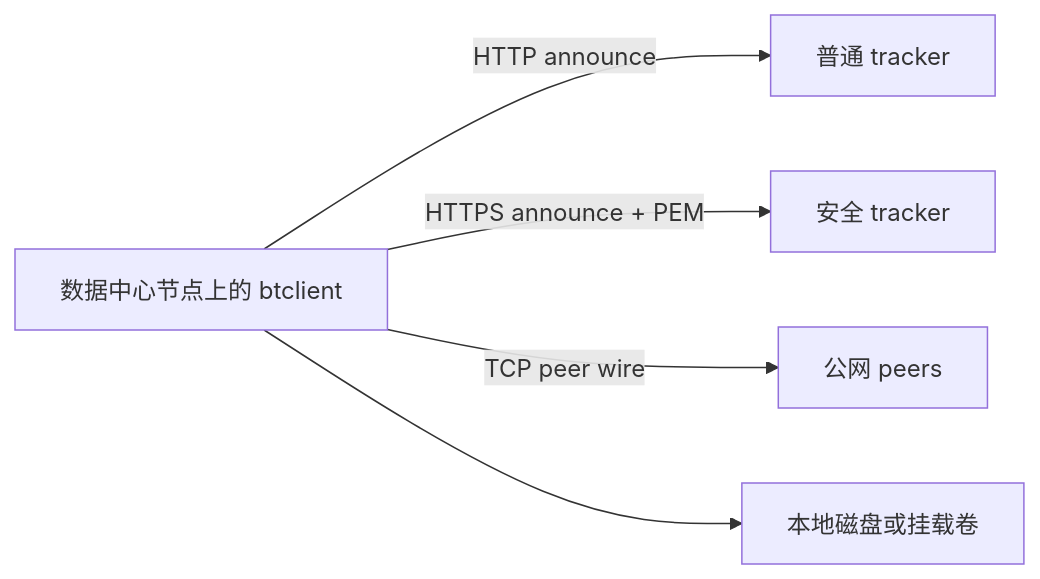
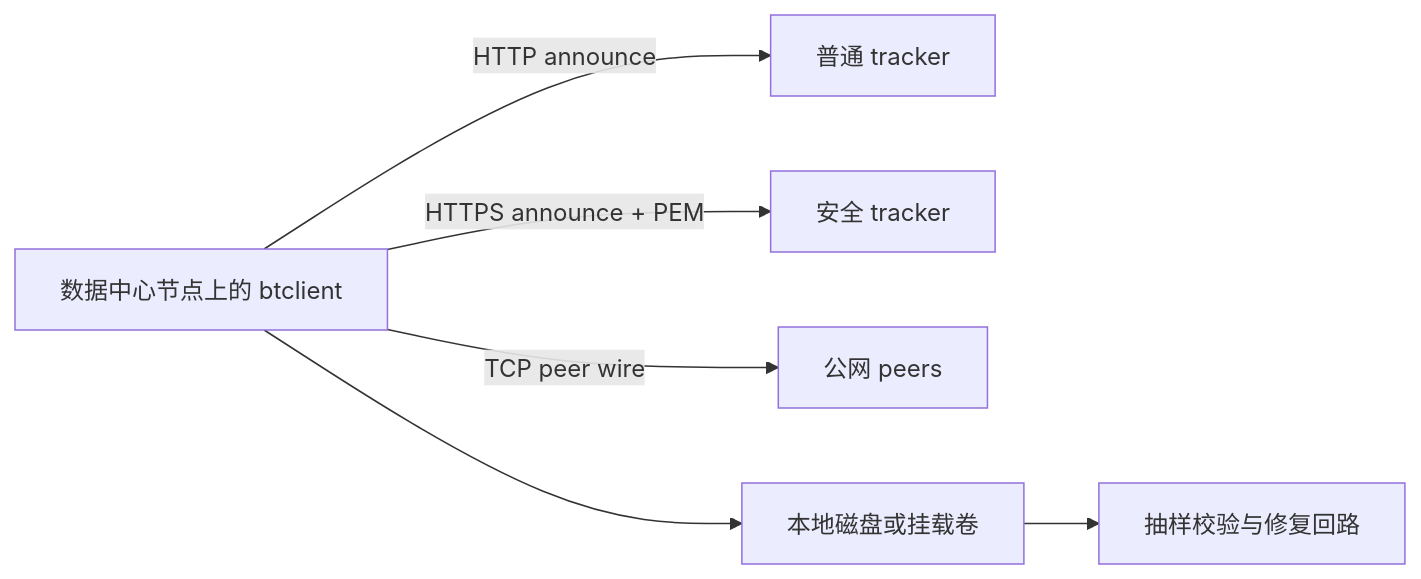
Before and after one commit to SimonMing47/BitTorrent: the seventh of 7 diagrams in docs/compare-with-original.md, drawn with Mermaid. The commit also changed other lines of this file and 8 other files, not shown here.

Commit message:
Strengthen datacenter reliability flow

````diff
--- a/docs/compare-with-original.md
+++ b/docs/compare-with-original.md
@@ -299,7 +327,8 @@
 ```mermaid
 flowchart LR
     DC["数据中心节点上的 btclient"] -->|"HTTP announce"| T1["普通 tracker"]
     DC -->|"HTTPS announce + PEM"| T2["安全 tracker"]
     DC -->|"TCP peer wire"| P["公网 peers"]
     DC --> S["本地磁盘或挂载卷"]
+    S --> R["抽样校验与修复回路"]
 ```
````
